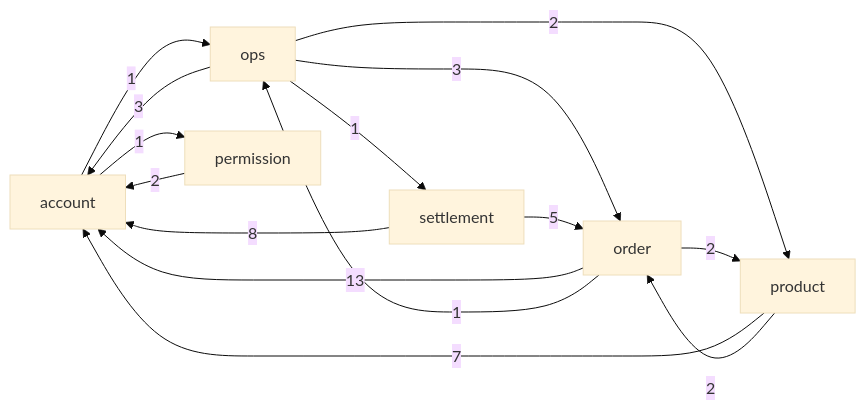
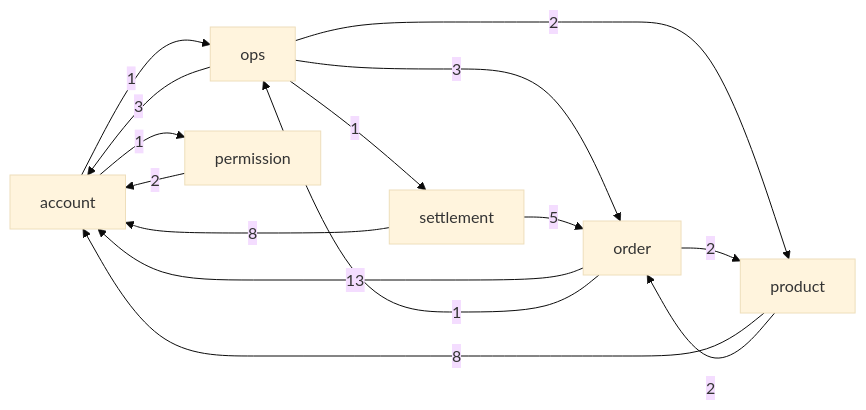
The diagram in doc/erd/index.md (ejg93/ProjectShop), drawn with Mermaid (base theme) before and after one commit. The commit also changed other lines of this file and 25 other files, not shown here.

````diff
--- a/doc/erd/index.md
+++ b/doc/erd/index.md
@@ -5,17 +5,17 @@
 ```mermaid
 flowchart LR
     account -->|1| ops
     account -->|1| permission
     ops -->|3| account
     ops -->|3| order
     ops -->|2| product
     ops -->|1| settlement
     order -->|13| account
     order -->|1| ops
     order -->|2| product
     permission -->|2| account
-    product -->|7| account
+    product -->|8| account
     product -->|2| order
     settlement -->|8| account
     settlement -->|5| order
 ```
````
